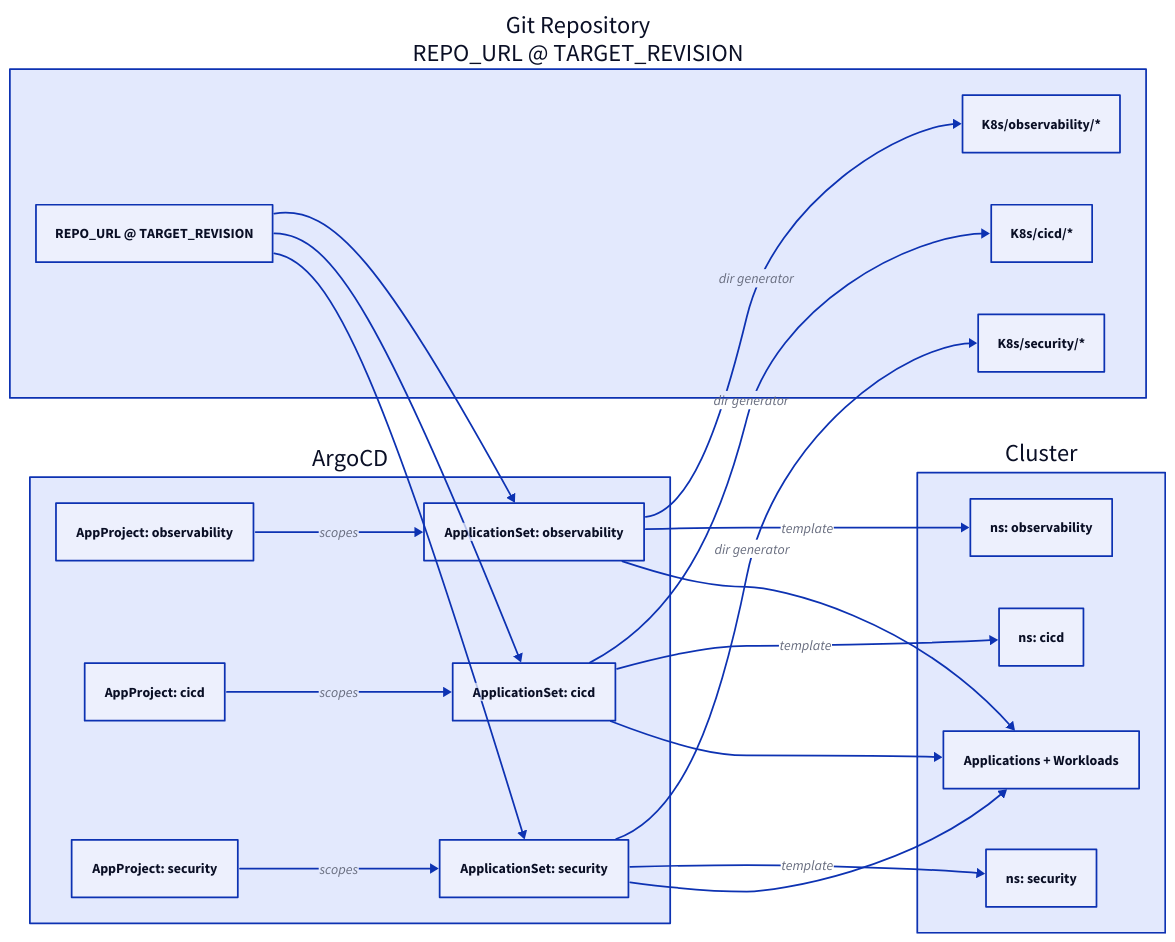
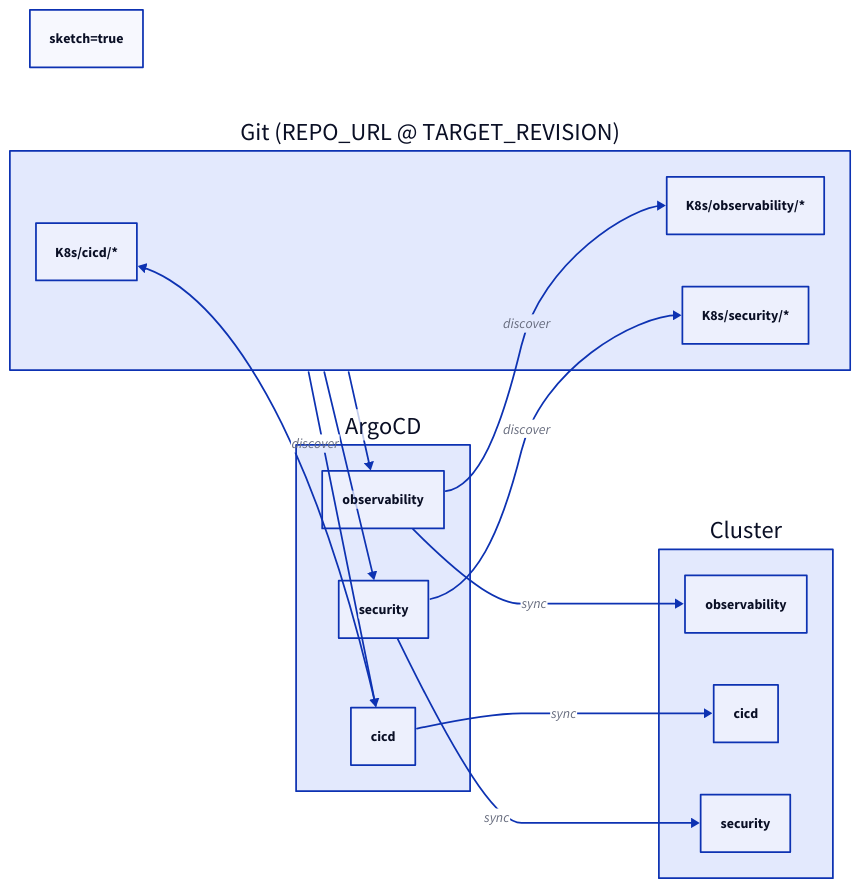
One commit to rou-cru/idp-blueprint changed the diagram in Docs/concepts/gitops-model.md. Above: the diagram before and after it, drawn with D2. The commit also changed 7 other files, not shown here.

````diff
--- a/Docs/concepts/gitops-model.md
+++ b/Docs/concepts/gitops-model.md
@@ -68,43 +68,34 @@
 ```d2
 direction: right
+sketch=true
 
 Git: {
-  label: "Git Repository\nREPO_URL @ TARGET_REVISION"
-  REPO: "REPO_URL @ TARGET_REVISION"
-  OBS: "K8s/observability/*"
-  CICD: "K8s/cicd/*"
-  SEC: "K8s/security/*"
+  label: "Git (REPO_URL @ TARGET_REVISION)"
+  ObsDir: "K8s/observability/*"
+  CicdDir: "K8s/cicd/*"
+  SecDir: "K8s/security/*"
 }
 
-ArgoCD: {
-  AP1: "AppProject: observability"
-  AP2: "AppProject: cicd"
-  AP3: "AppProject: security"
-  AS1: "ApplicationSet: observability"
-  AS2: "ApplicationSet: cicd"
-  AS3: "ApplicationSet: security"
+Argo: {
+  label: "ArgoCD"
+  Obs: observability
+  Cicd: cicd
+  Sec: security
 }
 
 Cluster: {
-  NSO: "ns: observability"
-  NSC: "ns: cicd"
-  NSS: "ns: security"
-  APPs: "Applications + Workloads"
+  ObsNS: observability
+  CicdNS: cicd
+  SecNS: security
 }
 
-Git.REPO -> ArgoCD.AS1
-Git.REPO -> ArgoCD.AS2
-Git.REPO -> ArgoCD.AS3
-ArgoCD.AS1 -> Git.OBS: "dir generator"
-ArgoCD.AS2 -> Git.CICD: "dir generator"
-ArgoCD.AS3 -> Git.SEC: "dir generator"
-ArgoCD.AS1 -> Cluster.NSO: "template"
-ArgoCD.AS2 -> Cluster.NSC: "template"
-ArgoCD.AS3 -> Cluster.NSS: "template"
-ArgoCD.AS1 -> Cluster.APPs
-ArgoCD.AS2 -> Cluster.APPs
-ArgoCD.AS3 -> Cluster.APPs
-ArgoCD.AP1 -> ArgoCD.AS1: "scopes"
-ArgoCD.AP2 -> ArgoCD.AS2: "scopes"
-ArgoCD.AP3 -> ArgoCD.AS3: "scopes"
+Git -> Argo.Obs
+Git -> Argo.Cicd
+Git -> Argo.Sec
+Argo.Obs -> Git.ObsDir: discover
+Argo.Cicd -> Git.CicdDir: discover
+Argo.Sec -> Git.SecDir: discover
+Argo.Obs -> Cluster.ObsNS: sync
+Argo.Cicd -> Cluster.CicdNS: sync
+Argo.Sec -> Cluster.SecNS: sync
 ```
````
